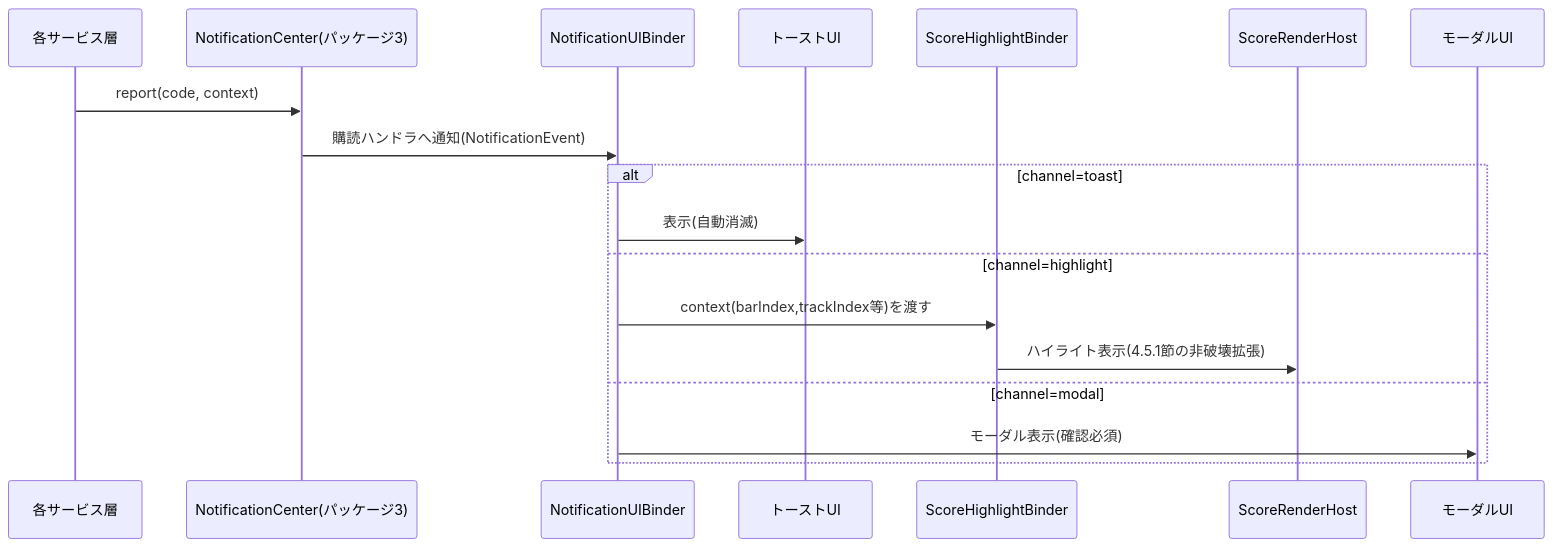
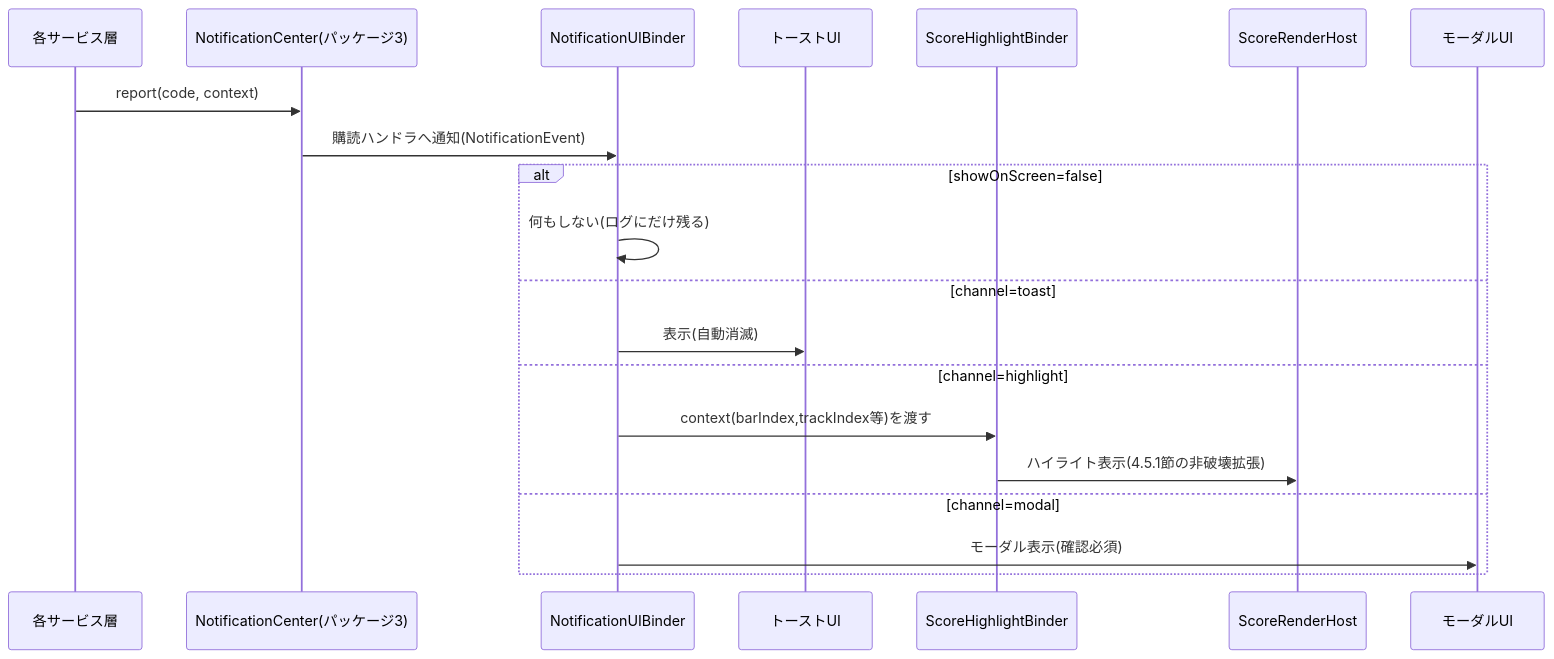
Before and after one commit to ippoooooshi/RiFF-LiNE: the fourth of 6 diagrams in docs/detailed_design/screens-navigation.md, drawn with Mermaid. The commit also changed other lines of this file and 12 other files, not shown here.

````diff
--- a/docs/detailed_design/screens-navigation.md
+++ b/docs/detailed_design/screens-navigation.md
@@ -589,21 +637,23 @@
 ```mermaid
 sequenceDiagram
     participant SRC as 各サービス層
     participant NC as NotificationCenter(パッケージ3)
     participant BINDER as NotificationUIBinder
     participant TOAST as トーストUI
     participant HL as ScoreHighlightBinder
     participant HOST as ScoreRenderHost
     participant MODAL as モーダルUI
 
     SRC->>NC: report(code, context)
     NC->>BINDER: 購読ハンドラへ通知(NotificationEvent)
-    alt channel=toast
+    alt showOnScreen=false
+        BINDER->>BINDER: 何もしない(ログにだけ残る)
+    else channel=toast
         BINDER->>TOAST: 表示(自動消滅)
     else channel=highlight
         BINDER->>HL: context(barIndex,trackIndex等)を渡す
         HL->>HOST: ハイライト表示(4.5.1節の非破壊拡張)
     else channel=modal
         BINDER->>MODAL: モーダル表示(確認必須)
     end
 ```
````
